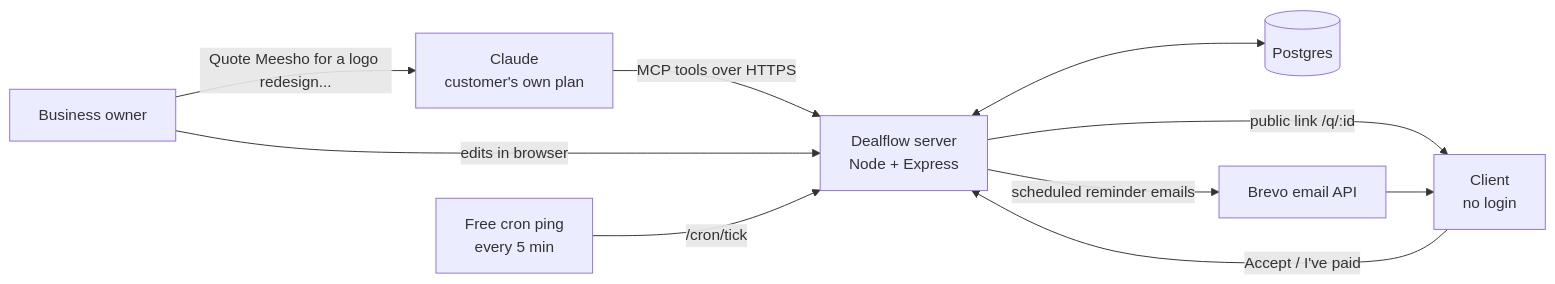
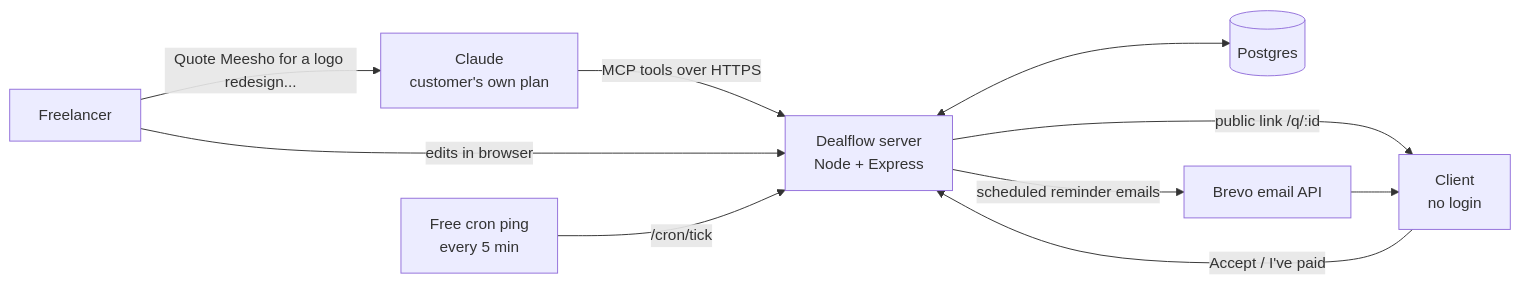
One commit to sauravanurag111/ClaudeBiz changed the diagram in README.md. Above: the diagram before and after it, drawn with Mermaid. The commit also changed other lines of this file and 13 other files, not shown here.

````diff
--- a/README.md
+++ b/README.md
@@ -23,11 +60,11 @@
 ```mermaid
 flowchart LR
-  U[Business owner] -- "Quote Meesho for a logo redesign..." --> C[Claude<br/>customer's own plan]
+  U[Freelancer] -- "Quote Meesho for a logo redesign..." --> C[Claude<br/>customer's own plan]
   C -- MCP tools over HTTPS --> D[Dealflow server<br/>Node + Express]
   D <--> DB[(Postgres)]
   U -- edits in browser --> D
   D -- public link /q/:id --> CL[Client<br/>no login]
   CL -- Accept / I've paid --> D
   D -- scheduled reminder emails --> E[Brevo email API] --> CL
   CR[Free cron ping<br/>every 5 min] -- /cron/tick --> D
 ```
````
